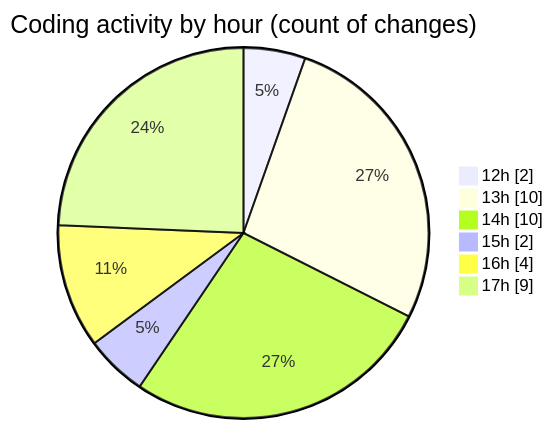
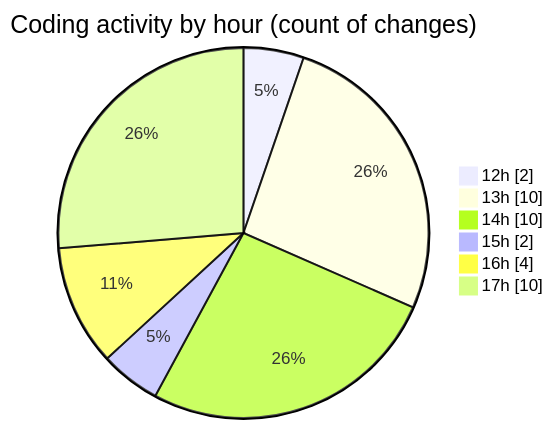
The second of 2 diagrams in 2026-07-12/untitled__workspace_/README.md (shibass792/code-tracking), drawn with Mermaid before and after one commit. The commit also changed other lines of this file and 1 other file, not shown here.

````diff
--- a/2026-07-12/untitled__workspace_/README.md
+++ b/2026-07-12/untitled__workspace_/README.md
@@ -38,10 +38,10 @@
 ```mermaid
 pie showData
 title Coding activity by hour (count of changes)
 "12h" : 2
 "13h" : 10
 "14h" : 10
 "15h" : 2
 "16h" : 4
-"17h" : 9
+"17h" : 10
 ```
````
